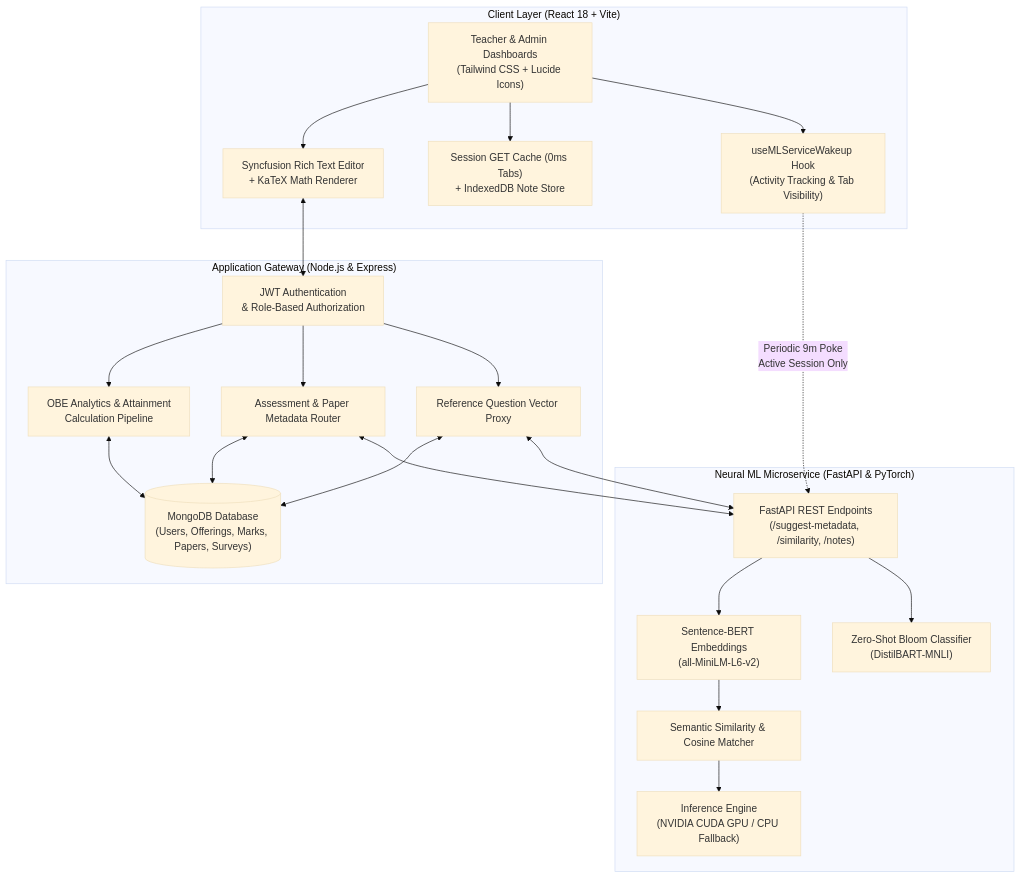
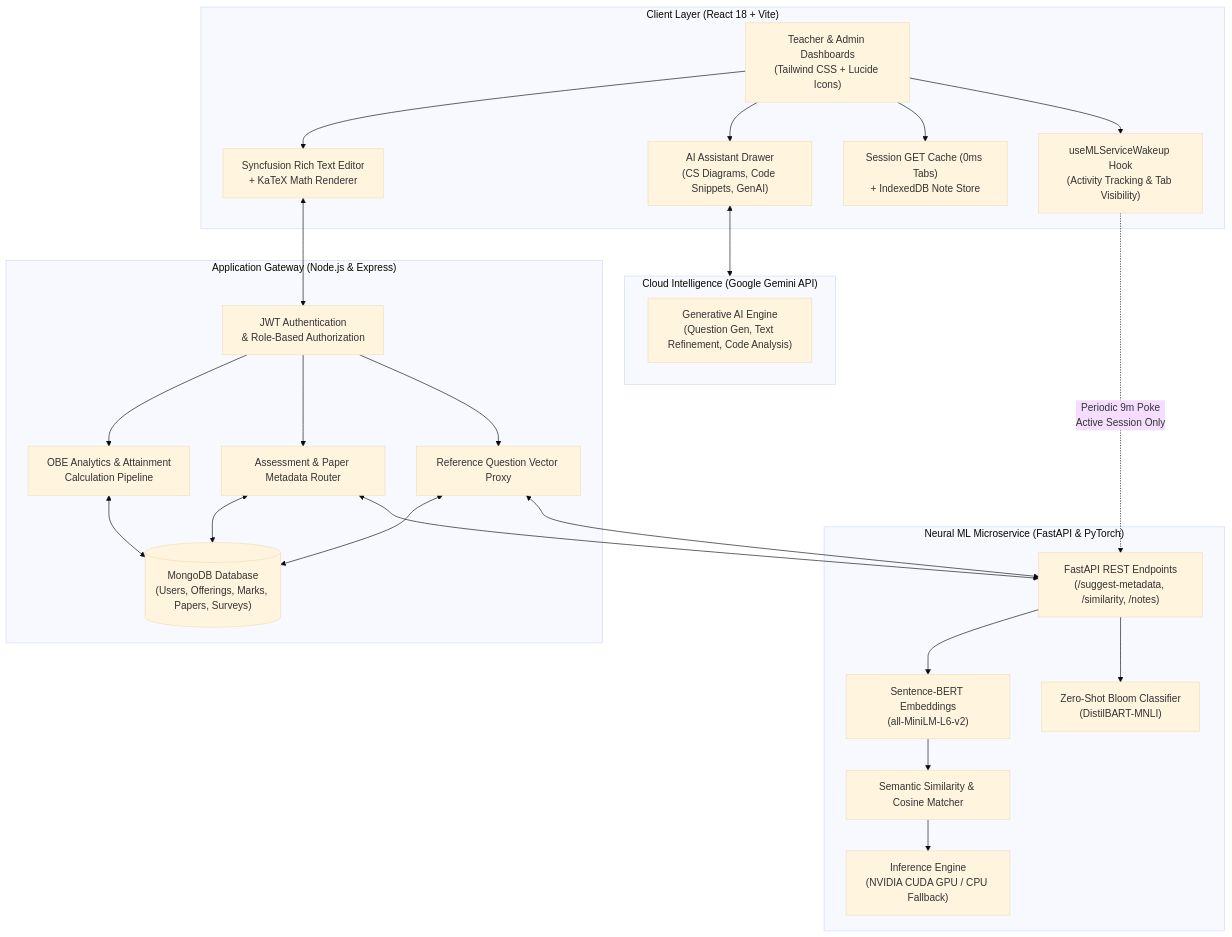
The first of 6 diagrams in README.md (sarkarjoy86/Student-Outcome-Analyzer), drawn with Mermaid (base theme) before and after one commit. The commit also changed other lines of this file, not shown here.

Commit message:
Refine Capstone README: Expanded Executive Overview, stylish multi-phase teacher flowchart, deep AI assistant CS diagrams & code suite, and comprehensive 6-subpage report breakdown

````diff
--- a/README.md
+++ b/README.md
@@ -31,43 +41,50 @@
 ```mermaid
 graph TB
     subgraph Client ["Client Layer (React 18 + Vite)"]
         UI["Teacher & Admin Dashboards\n(Tailwind CSS + Lucide Icons)"]
         RTE["Syncfusion Rich Text Editor\n+ KaTeX Math Renderer"]
+        AIAssistant["AI Assistant Drawer\n(CS Diagrams, Code Snippets, GenAI)"]
         Cache["Session GET Cache (0ms Tabs)\n+ IndexedDB Note Store"]
         WakeHook["useMLServiceWakeup Hook\n(Activity Tracking & Tab Visibility)"]
     end
 
     subgraph BackendGateway ["Application Gateway (Node.js & Express)"]
         AuthMiddleware["JWT Authentication\n& Role-Based Authorization"]
         OBERoutes["OBE Analytics & Attainment\nCalculation Pipeline"]
         ExamRoutes["Assessment & Paper Metadata Router"]
         NotesRoutes["Reference Question Vector Proxy"]
         MongoDB[("MongoDB Database\n(Users, Offerings, Marks, Papers, Surveys)")]
     end
 
     subgraph MLMicroservice ["Neural ML Microservice (FastAPI & PyTorch)"]
         MLRouter["FastAPI REST Endpoints\n(/suggest-metadata, /similarity, /notes)"]
         SBERT["Sentence-BERT Embeddings\n(all-MiniLM-L6-v2)"]
         ZeroShot["Zero-Shot Bloom Classifier\n(DistilBART-MNLI)"]
         VectorMatch["Semantic Similarity & Cosine Matcher"]
         HardwareEngine["Inference Engine\n(NVIDIA CUDA GPU / CPU Fallback)"]
     end
 
+    subgraph CloudAI ["Cloud Intelligence (Google Gemini API)"]
+        GeminiEngine["Generative AI Engine\n(Question Gen, Text Refinement, Code Analysis)"]
+    end
+
     UI --> RTE
+    UI --> AIAssistant
     UI --> Cache
     UI --> WakeHook
     RTE <--> AuthMiddleware
+    AIAssistant <--> CloudAI
     WakeHook -.->|Periodic 9m Poke\nActive Session Only| MLRouter
     AuthMiddleware --> OBERoutes
     AuthMiddleware --> ExamRoutes
     AuthMiddleware --> NotesRoutes
     OBERoutes <--> MongoDB
     ExamRoutes <--> MongoDB
     NotesRoutes <--> MongoDB
     ExamRoutes <--> MLRouter
     NotesRoutes <--> MLRouter
     MLRouter --> SBERT
     MLRouter --> ZeroShot
     SBERT --> VectorMatch
     VectorMatch --> HardwareEngine
 ```
````
